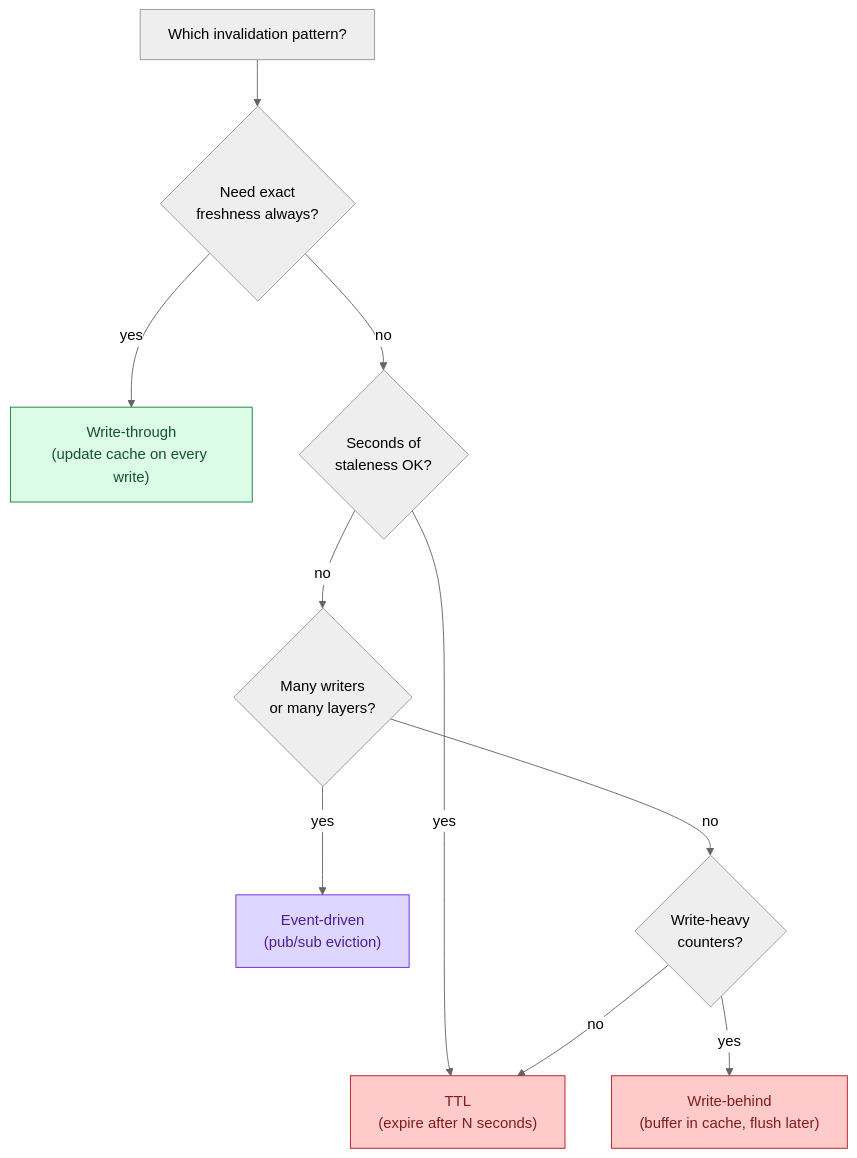
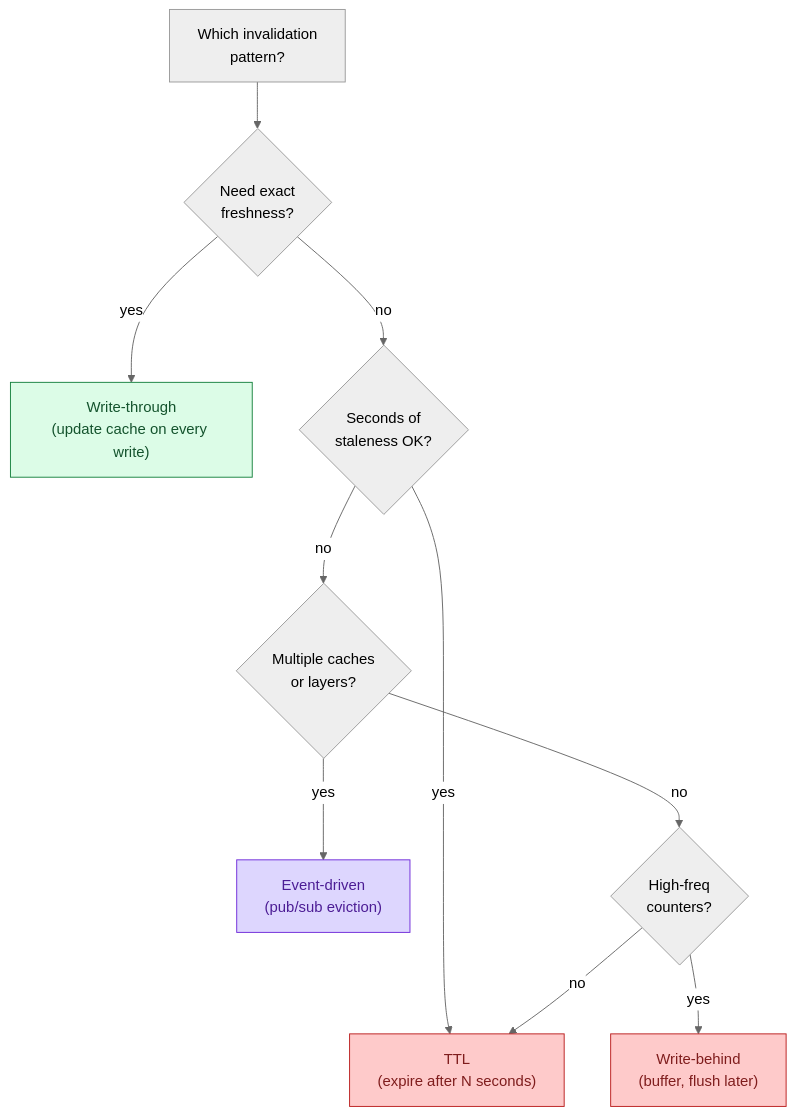
One commit to shiningflash/system-design changed the ninth of 13 diagrams in problems/017-read-heavy-patterns/question.md. Above: the diagram before and after it, drawn with Mermaid (neutral theme). The commit also changed other lines of this file and 37 other files, not shown here.

````diff
--- a/problems/017-read-heavy-patterns/question.md
+++ b/problems/017-read-heavy-patterns/question.md
@@ -245,16 +247,16 @@
 ```mermaid
 flowchart TD
-    Start["Which invalidation pattern?"] --> Q1{"Need exact\nfreshness always?"}
+    Start["Which invalidation\npattern?"] --> Q1{"Need exact\nfreshness?"}
     Q1 -->|yes| WT["Write-through\n(update cache on every write)"]:::app
     Q1 -->|no| Q2{"Seconds of\nstaleness OK?"}
     Q2 -->|yes| TTL["TTL\n(expire after N seconds)"]:::cache
-    Q2 -->|no| Q3{"Many writers\nor many layers?"}
+    Q2 -->|no| Q3{"Multiple caches\nor layers?"}
     Q3 -->|yes| ED["Event-driven\n(pub/sub eviction)"]:::queue
-    Q3 -->|no| Q4{"Write-heavy\ncounters?"}
-    Q4 -->|yes| WB["Write-behind\n(buffer in cache, flush later)"]:::cache
+    Q3 -->|no| Q4{"High-freq\ncounters?"}
+    Q4 -->|yes| WB["Write-behind\n(buffer, flush later)"]:::cache
     Q4 -->|no| TTL
 
     classDef app fill:#dcfce7,stroke:#15803d,color:#14532d
     classDef cache fill:#fecaca,stroke:#b91c1c,color:#7f1d1d
     classDef queue fill:#ddd6fe,stroke:#6d28d9,color:#4c1d95
 ```
````
